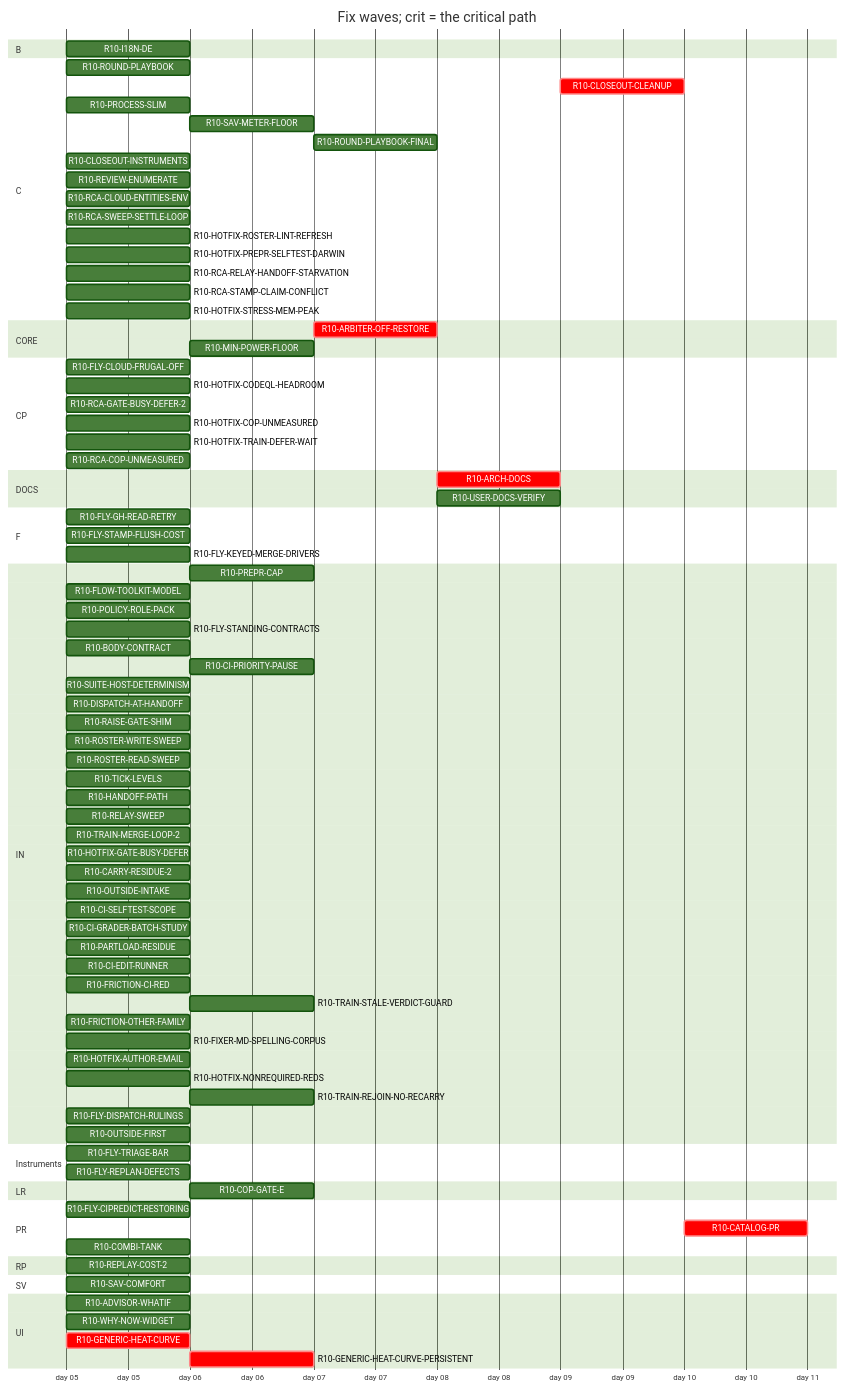
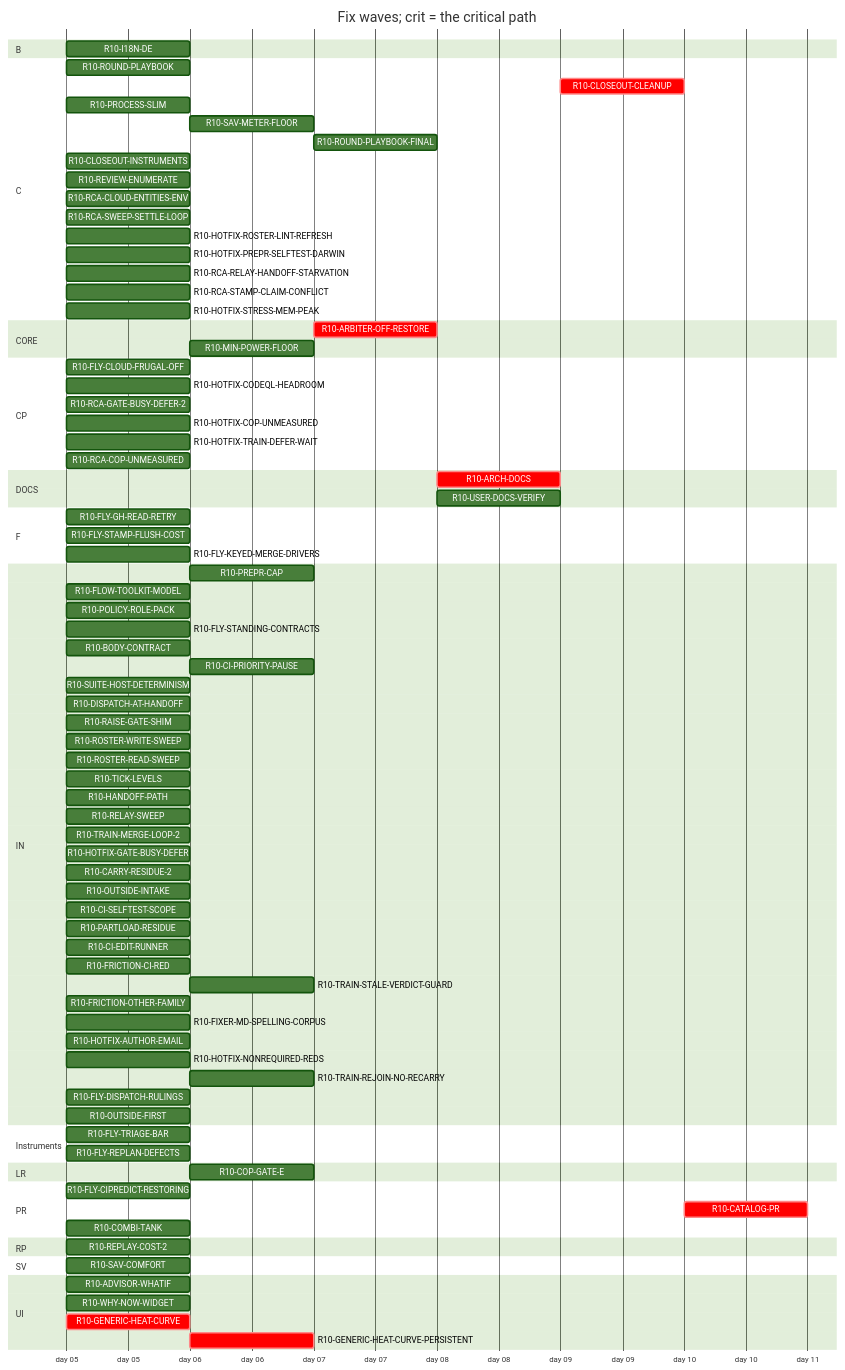
Before and after one commit to tvofi/heatpump_optimizer: the diagram in handoff/round10/state/PLAN-TABLE.md, drawn with Mermaid (forest theme). The commit also changed other lines of this file and 4 other files, not shown here.

Commit message:
state: FLOW-BOARD.md, NEXT-SESSION-PROMPT.md, PLAN-TABLE.md, PLAN.html, RESUME-CURRENT.md regenerated (state_docs.py)

```diff
--- a/handoff/round10/state/PLAN-TABLE.md
+++ b/handoff/round10/state/PLAN-TABLE.md
@@ -82,7 +82,6 @@
     R10-CARRY-RESIDUE-2 :r10CARRYRESIDUE2, 2026-01-05, 1d
     R10-OUTSIDE-INTAKE :r10OUTSIDEINTAKE, 2026-01-05, 1d
     R10-CI-SELFTEST-SCOPE :r10CISELFTESTSCOPE, 2026-01-05, 1d
-    R10-CI-GRADER-BATCH-STUDY :r10CIGRADERBATCHSTUDY, 2026-01-05, 1d
     R10-PARTLOAD-RESIDUE :r10PARTLOADRESIDUE, 2026-01-05, 1d
     R10-CI-EDIT-RUNNER :r10CIEDITRUNNER, 2026-01-05, 1d
     R10-FRICTION-CI-RED :r10FRICTIONCIRED, 2026-01-05, 1d
```
